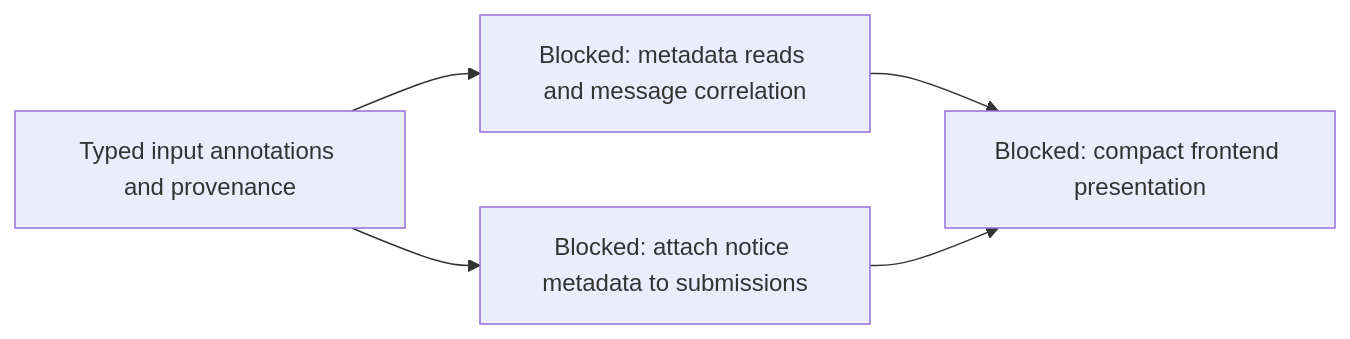
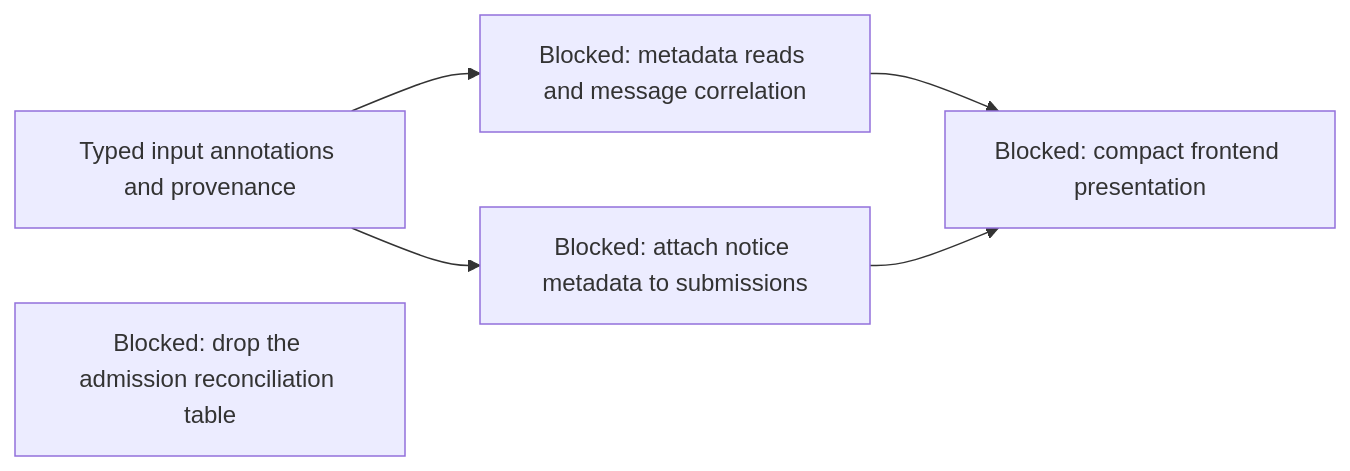
Before and after one commit to agentydragon-agent/ducktape: the second of 12 diagrams in agentplane/plans/task_dag.md, drawn with Mermaid. The commit also changed other lines of this file and 23 other files, not shown here.

````diff
--- a/agentplane/plans/task_dag.md
+++ b/agentplane/plans/task_dag.md
@@ -45,11 +45,12 @@
 ```mermaid
 flowchart LR
     SESSION_INPUT_METADATA[Typed input annotations and provenance]
     SESSION_INPUT_METADATA_READ[Blocked: metadata reads and message correlation]
     NOTIFICATION_NOTICE_METADATA[Blocked: attach notice metadata to submissions]
     NOTIFICATION_PRESENTATION[Blocked: compact frontend presentation]
     SESSION_INPUT_METADATA --> SESSION_INPUT_METADATA_READ
     SESSION_INPUT_METADATA --> NOTIFICATION_NOTICE_METADATA
     SESSION_INPUT_METADATA_READ --> NOTIFICATION_PRESENTATION
     NOTIFICATION_NOTICE_METADATA --> NOTIFICATION_PRESENTATION
+    ADMISSION_RECONCILIATION_DROP[Blocked: drop the admission reconciliation table]
 ```
````
